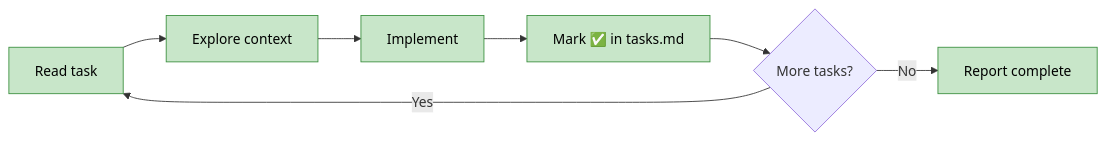
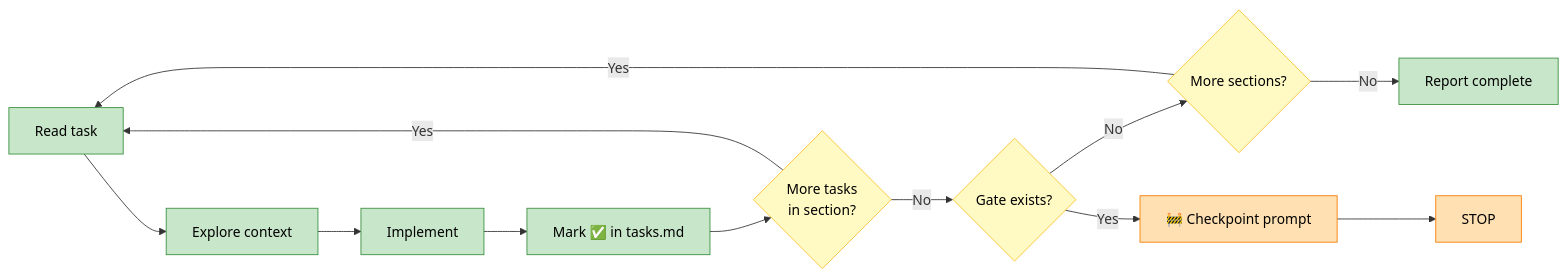
The diagram in dstoic/skills/openspec-develop/SKILL.md (digital-stoic-org/agent-skills), drawn with Mermaid before and after one commit. The commit also changed other lines of this file and 6 other files, not shown here.

Commit message:
feat(dstoic): Add incremental checkpoint/gate support to OpenSpec skills and bump to 0.1.57

````diff
--- a/dstoic/skills/openspec-develop/SKILL.md
+++ b/dstoic/skills/openspec-develop/SKILL.md
@@ -14,12 +14,21 @@
 ```mermaid
 flowchart LR
     A["Read task"] --> B["Explore context"]
     B --> C["Implement"]
     C --> D["Mark ✅ in tasks.md"]
-    D --> E{"More tasks?"}
+    D --> E{"More tasks\nin section?"}
     E -->|Yes| A
-    E -->|No| F["Report complete"]
+    E -->|No| G{"Gate exists?"}
+    G -->|No| H{"More sections?"}
+    G -->|Yes| I["🚧 Checkpoint prompt"]
+    I --> J["STOP"]
+    H -->|Yes| A
+    H -->|No| F["Report complete"]
 
     classDef action fill:#C8E6C9,stroke:#388E3C,color:#000
+    classDef decision fill:#FFF9C4,stroke:#FBC02D,color:#000
+    classDef gate fill:#FFE0B2,stroke:#F57C00,color:#000
     class A,B,C,D,F action
+    class E,G,H decision
+    class I,J gate
 ```
````
